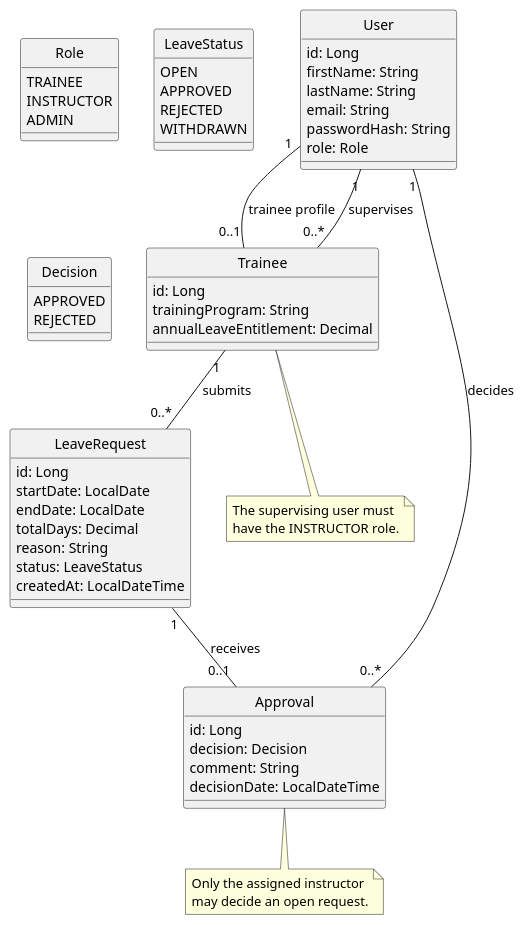
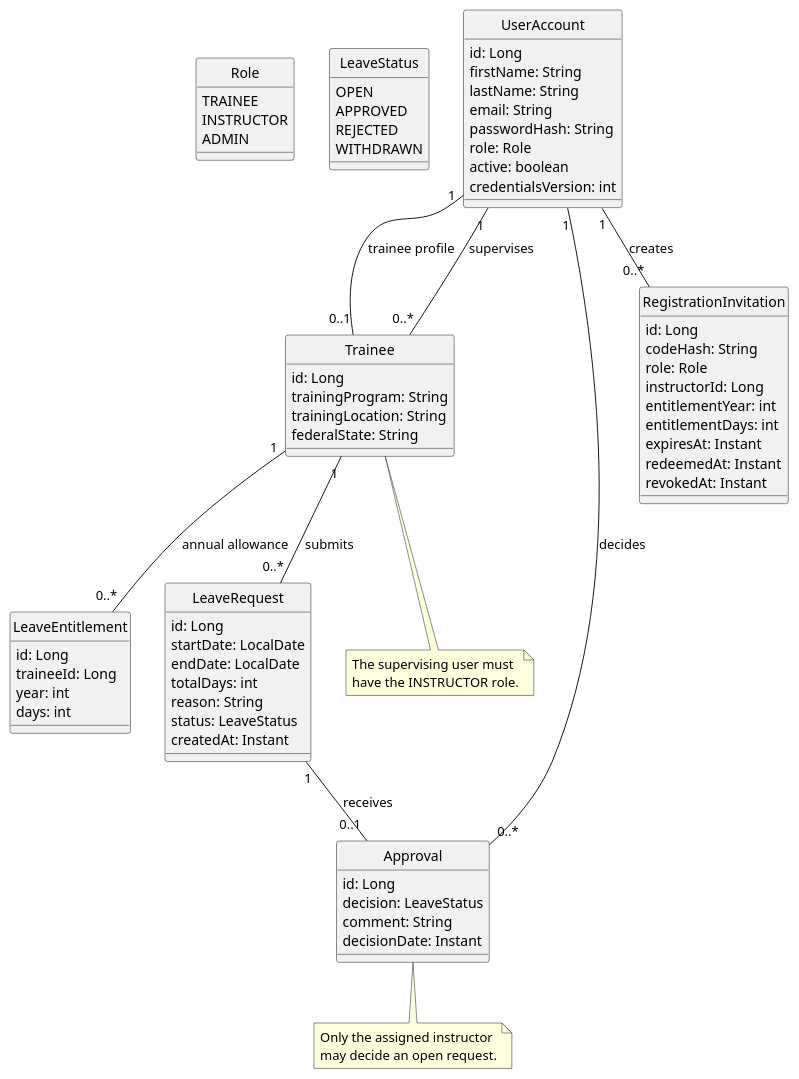
Before and after one commit to SamNaUnd/grone-urlaubsantrag: the diagram in docs/uml/classes.puml, drawn with PlantUML. The commit also changed 59 other files, not shown here.

```diff
--- a/docs/uml/classes.puml
+++ b/docs/uml/classes.puml
@@ -1,71 +1,90 @@
 @startuml
 hide circle
 skinparam classAttributeIconSize 0
 
 enum Role {
   TRAINEE
   INSTRUCTOR
   ADMIN
 }
 
 enum LeaveStatus {
   OPEN
   APPROVED
   REJECTED
   WITHDRAWN
 }
 
-enum Decision {
-  APPROVED
-  REJECTED
-}
-
-class User {
+class UserAccount {
   id: Long
   firstName: String
   lastName: String
   email: String
   passwordHash: String
   role: Role
+  active: boolean
+  credentialsVersion: int
 }
 
 class Trainee {
   id: Long
   trainingProgram: String
-  annualLeaveEntitlement: Decimal
+  trainingLocation: String
+  federalState: String
+}
+
+class LeaveEntitlement {
+  id: Long
+  traineeId: Long
+  year: int
+  days: int
 }
 
 class LeaveRequest {
   id: Long
   startDate: LocalDate
   endDate: LocalDate
-  totalDays: Decimal
+  totalDays: int
   reason: String
   status: LeaveStatus
-  createdAt: LocalDateTime
+  createdAt: Instant
 }
 
 class Approval {
   id: Long
-  decision: Decision
+  decision: LeaveStatus
   comment: String
-  decisionDate: LocalDateTime
+  decisionDate: Instant
 }
 
-User "1" -- "0..1" Trainee : trainee profile
-User "1" -- "0..*" Trainee : supervises
+UserAccount "1" -- "0..1" Trainee : trainee profile
+class RegistrationInvitation {
+  id: Long
+  codeHash: String
+  role: Role
+  instructorId: Long
+  entitlementYear: int
+  entitlementDays: int
+  expiresAt: Instant
+  redeemedAt: Instant
+  revokedAt: Instant
+}
+UserAccount "1" -- "0..*" RegistrationInvitation : creates
+
+UserAccount "1" -- "0..*" Trainee : supervises
+Trainee "1" -- "0..*" LeaveEntitlement : annual allowance
 Trainee "1" -- "0..*" LeaveRequest : submits
 LeaveRequest "1" -- "0..1" Approval : receives
-User "1" -- "0..*" Approval : decides
+UserAccount "1" -- "0..*" Approval : decides
 
 note bottom of Trainee
   The supervising user must
   have the INSTRUCTOR role.
 end note
 
 note bottom of Approval
   Only the assigned instructor
   may decide an open request.
 end note
 
 @enduml
```
